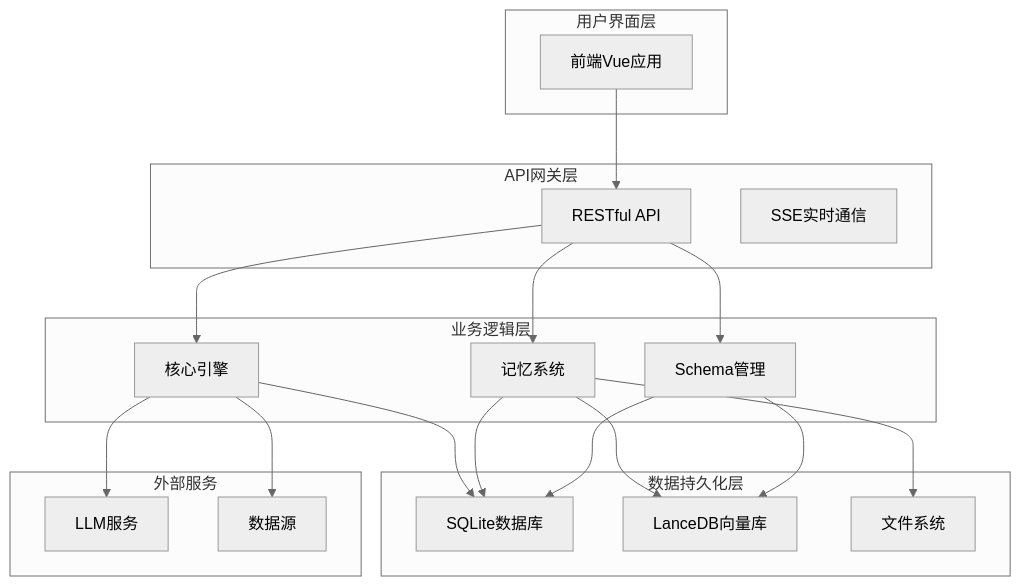
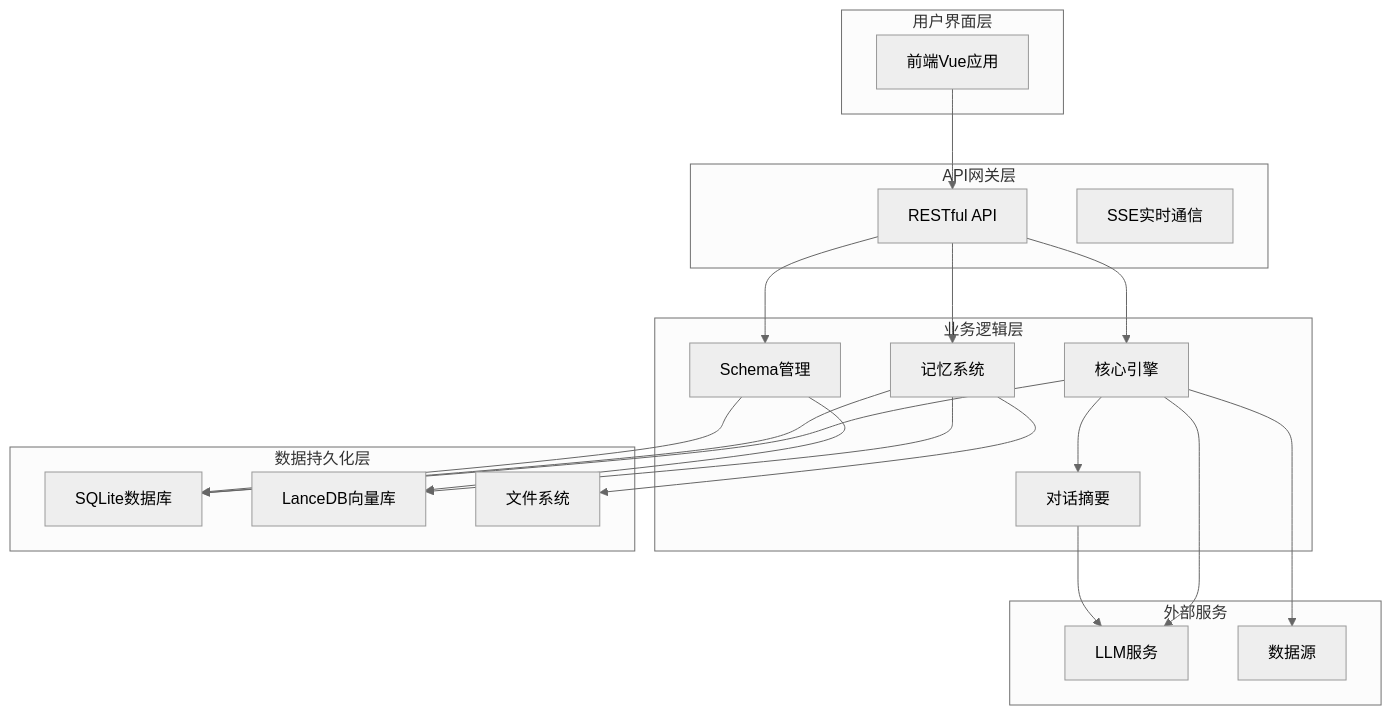
Before and after one commit to HanHuiOnLine/724-office: the second of 6 diagrams in .qoder/repowiki/zh/content/核心模块详解/NL2SQL自然语言到SQL系统/NL2SQL长期记忆系统.md, drawn with Mermaid (neutral theme). The commit also changed other lines of this file and 10 other files, not shown here.

````diff
--- a/.qoder/repowiki/zh/content/核心模块详解/NL2SQL自然语言到SQL系统/NL2SQL长期记忆系统.md
+++ b/.qoder/repowiki/zh/content/核心模块详解/NL2SQL自然语言到SQL系统/NL2SQL长期记忆系统.md
@@ -181,36 +228,39 @@
 ```mermaid
 graph TB
 subgraph "用户界面层"
 UI[前端Vue应用]
 end
 subgraph "API网关层"
 API[RESTful API]
 SSE[SSE实时通信]
 end
 subgraph "业务逻辑层"
 CORE[核心引擎]
 MEM[记忆系统]
 SCHEMA[Schema管理]
+SUM[对话摘要]
 end
 subgraph "数据持久化层"
 DB[SQLite数据库]
 VDB[LanceDB向量库]
 FS[文件系统]
 end
 subgraph "外部服务"
 LLM[LLM服务]
 DS[数据源]
 end
 UI --> API
 API --> CORE
 API --> MEM
 API --> SCHEMA
 CORE --> DB
 CORE --> LLM
+CORE --> SUM
 MEM --> DB
 MEM --> VDB
 SCHEMA --> DB
 SCHEMA --> VDB
 CORE --> DS
 MEM --> FS
+SUM --> LLM
 ```
````
